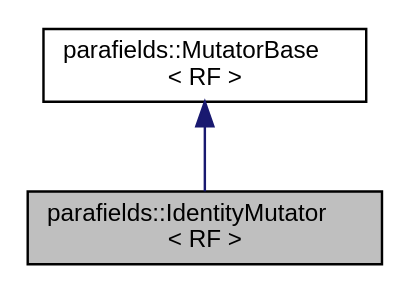
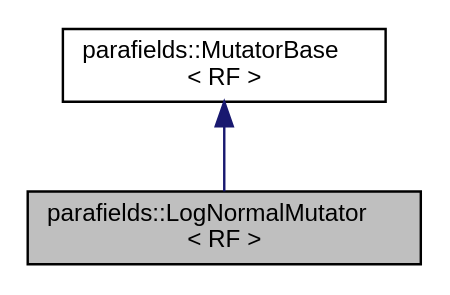
The diagram in a01037.dot (parafields/parafields-core), drawn with Graphviz before and after one commit. The commit also changed 251 other files, not shown here.

```diff
--- a/a01037.dot
+++ b/a01037.dot
@@ -1,9 +1,9 @@
-digraph "parafields::IdentityMutator&lt; RF &gt;"
+digraph "parafields::LogNormalMutator&lt; RF &gt;"
 {
  // LATEX_PDF_SIZE
   edge [fontname="Helvetica",fontsize="10",labelfontname="Helvetica",labelfontsize="10"];
   node [fontname="Helvetica",fontsize="10",shape=record];
-  Node1 [label="parafields::IdentityMutator\l\< RF \>",height=0.2,width=0.4,color="black", fillcolor="grey75", style="filled", fontcolor="black",tooltip="Default Identity mutator that leaves its argument unchanged."];
+  Node1 [label="parafields::LogNormalMutator\l\< RF \>",height=0.2,width=0.4,color="black", fillcolor="grey75", style="filled", fontcolor="black",tooltip="Exponential function mutator for log-normal fields."];
   Node2 -> Node1 [dir="back",color="midnightblue",fontsize="10",style="solid",fontname="Helvetica"];
-  Node2 [label="parafields::MutatorBase\l\< RF \>",height=0.2,width=0.4,color="black", fillcolor="white", style="filled",URL="$a01034.html",tooltip="Abstract base class for value transformations."];
+  Node2 [label="parafields::MutatorBase\l\< RF \>",height=0.2,width=0.4,color="black", fillcolor="white", style="filled",URL="$a01030.html",tooltip="Abstract base class for value transformations."];
 }
```
